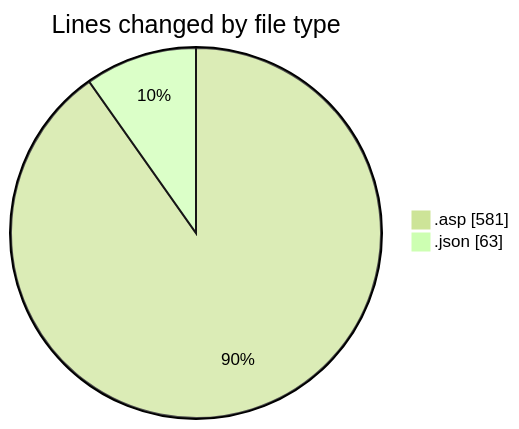
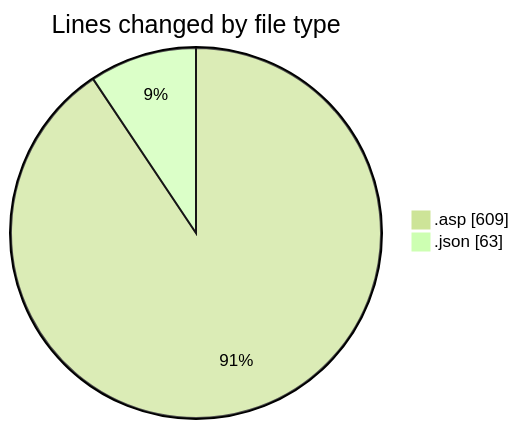
Before and after one commit to julien-gomy/code-tracking: the first of 2 diagrams in 2025-10-20/usr_aleoudev_fr__workspace_/README.md, drawn with Mermaid (forest theme). The commit also changed other lines of this file and 1 other file, not shown here.

````diff
--- a/2025-10-20/usr_aleoudev_fr__workspace_/README.md
+++ b/2025-10-20/usr_aleoudev_fr__workspace_/README.md
@@ -22,6 +22,6 @@
 ```mermaid
 pie showData
 title Lines changed by file type
-".asp" : 581
+".asp" : 609
 ".json" : 63
 ```
````
